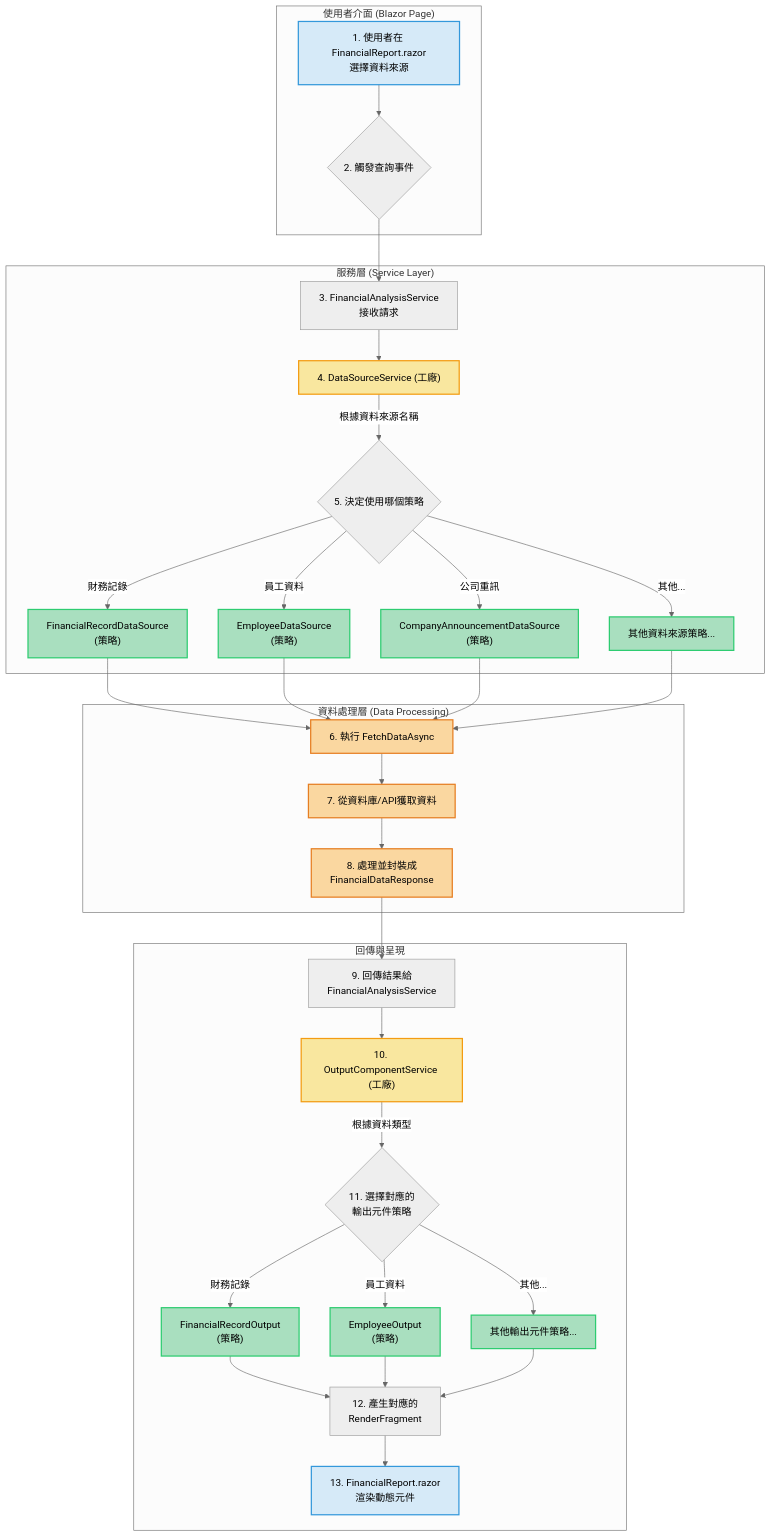
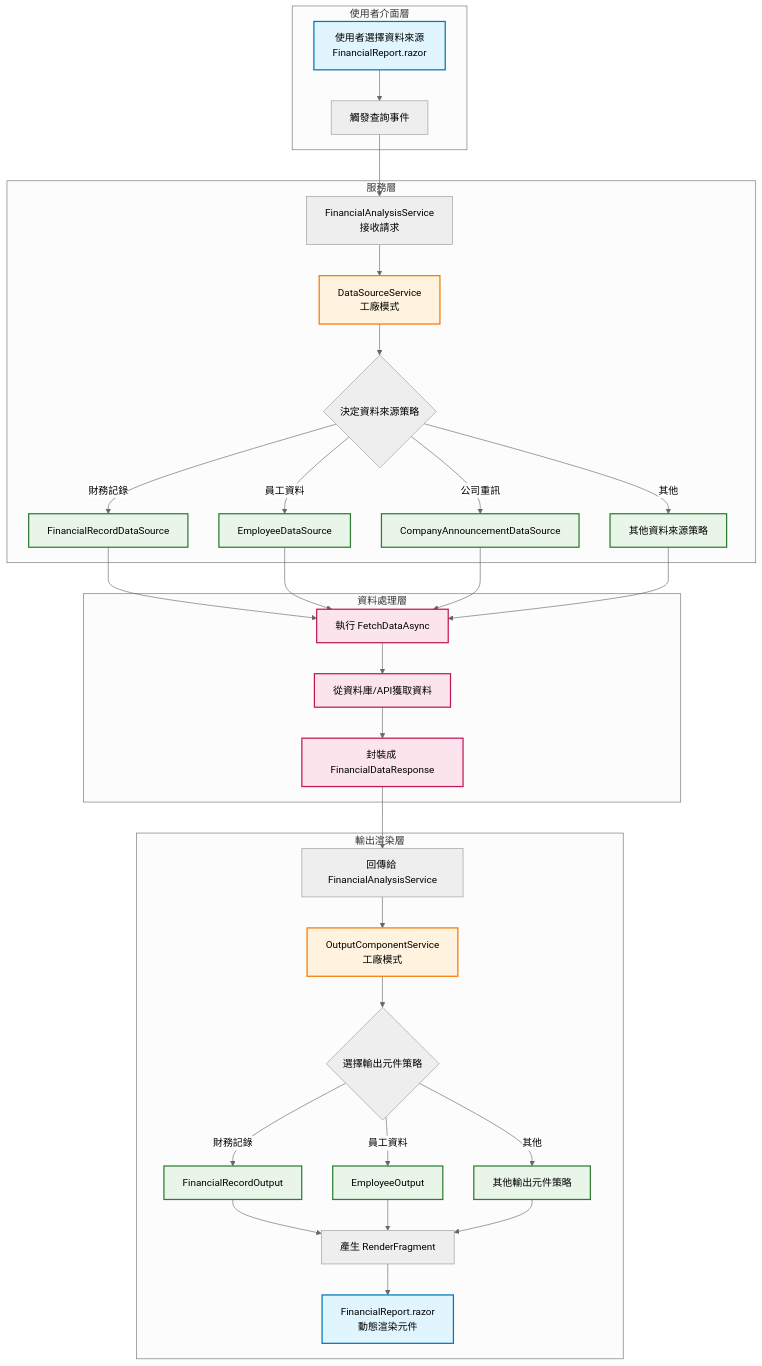
Before and after one commit to FelixChen1224/blazor-strategy-and-factory: the diagram in README.md, drawn with Mermaid (neutral theme).

````diff
--- a/README.md
+++ b/README.md
@@ -21,49 +21,48 @@
 ```mermaid
 graph TD
-    subgraph UI["使用者介面 (Blazor Page)"]
-        A["1. 使用者在 FinancialReport.razor<br/>選擇資料來源"] --> B{"2. 觸發查詢事件"}
+    subgraph UI["使用者介面層"]
+        A["使用者選擇資料來源<br/>FinancialReport.razor"] --> B["觸發查詢事件"]
     end
-    
-    subgraph Service["服務層 (Service Layer)"]
-        B --> C["3. FinancialAnalysisService<br/>接收請求"]
-        C --> D["4. DataSourceService (工廠)"]
-        D -->|根據資料來源名稱| E{"5. 決定使用哪個策略"}
-        E -->|"財務記錄"| F1["FinancialRecordDataSource<br/>(策略)"]
-        E -->|"員工資料"| F2["EmployeeDataSource<br/>(策略)"]
-        E -->|"公司重訊"| F3["CompanyAnnouncementDataSource<br/>(策略)"]
-        E -->|"其他..."| Fn["其他資料來源策略..."]
+  
+    subgraph Service["服務層"]
+        B --> C["FinancialAnalysisService<br/>接收請求"]
+        C --> D["DataSourceService<br/>工廠模式"]
+        D --> E{"決定資料來源策略"}
+        E -->|財務記錄| F1["FinancialRecordDataSource"]
+        E -->|員工資料| F2["EmployeeDataSource"]
+        E -->|公司重訊| F3["CompanyAnnouncementDataSource"]
+        E -->|其他| Fn["其他資料來源策略"]
     end
-    
-    subgraph Data["資料處理層 (Data Processing)"]
-        F1 --> G["6. 執行 FetchDataAsync"]
+  
+    subgraph Data["資料處理層"]
+        F1 --> G["執行 FetchDataAsync"]
         F2 --> G
         F3 --> G
         Fn --> G
-        G --> H["7. 從資料庫/API獲取資料"]
-        H --> I["8. 處理並封裝成<br/>FinancialDataResponse"]
+        G --> H["從資料庫/API獲取資料"]
+        H --> I["封裝成 FinancialDataResponse"]
     end
-    
-    subgraph Output["回傳與呈現"]
-        I --> J["9. 回傳結果給<br/>FinancialAnalysisService"]
-        J --> K["10. OutputComponentService (工廠)"]
-        K -->|根據資料類型| L{"11. 選擇對應的<br/>輸出元件策略"}
-        L -->|"財務記錄"| M1["FinancialRecordOutput<br/>(策略)"]
-        L -->|"員工資料"| M2["EmployeeOutput<br/>(策略)"]
-        L -->|"其他..."| Mn["其他輸出元件策略..."]
-        M1 --> N["12. 產生對應的<br/>RenderFragment"]
+  
+    subgraph Output["輸出渲染層"]
+        I --> J["回傳給 FinancialAnalysisService"]
+        J --> K["OutputComponentService<br/>工廠模式"]
+        K --> L{"選擇輸出元件策略"}
+        L -->|財務記錄| M1["FinancialRecordOutput"]
+        L -->|員工資料| M2["EmployeeOutput"]
+        L -->|其他| Mn["其他輸出元件策略"]
+        M1 --> N["產生 RenderFragment"]
         M2 --> N
         Mn --> N
-        N --> O["13. FinancialReport.razor<br/>渲染動態元件"]
+        N --> O["FinancialReport.razor<br/>動態渲染元件"]
     end
-    
-    %% 設定樣式
-    classDef uiClass fill:#D6EAF8,stroke:#3498DB,stroke-width:2px
-    classDef factoryClass fill:#F9E79F,stroke:#F39C12,stroke-width:2px
-    classDef strategyClass fill:#A9DFBF,stroke:#2ECC71,stroke-width:2px
-    classDef dataClass fill:#FAD7A0,stroke:#E67E22,stroke-width:2px
-    
+  
+    classDef uiClass fill:#e1f5fe,stroke:#0277bd,stroke-width:2px
+    classDef factoryClass fill:#fff3e0,stroke:#f57c00,stroke-width:2px
+    classDef strategyClass fill:#e8f5e8,stroke:#2e7d32,stroke-width:2px
+    classDef dataClass fill:#fce4ec,stroke:#c2185b,stroke-width:2px
+  
     class A,O uiClass
     class D,K factoryClass
     class F1,F2,F3,Fn,M1,M2,Mn strategyClass
     class G,H,I dataClass
 ```
````
